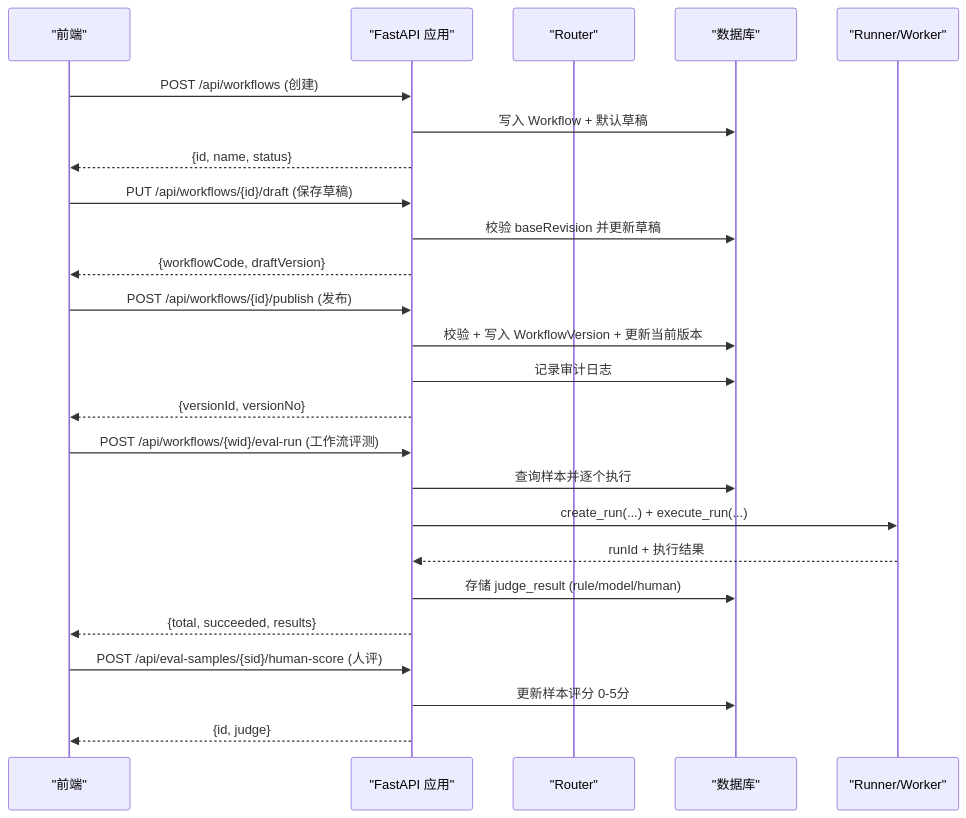
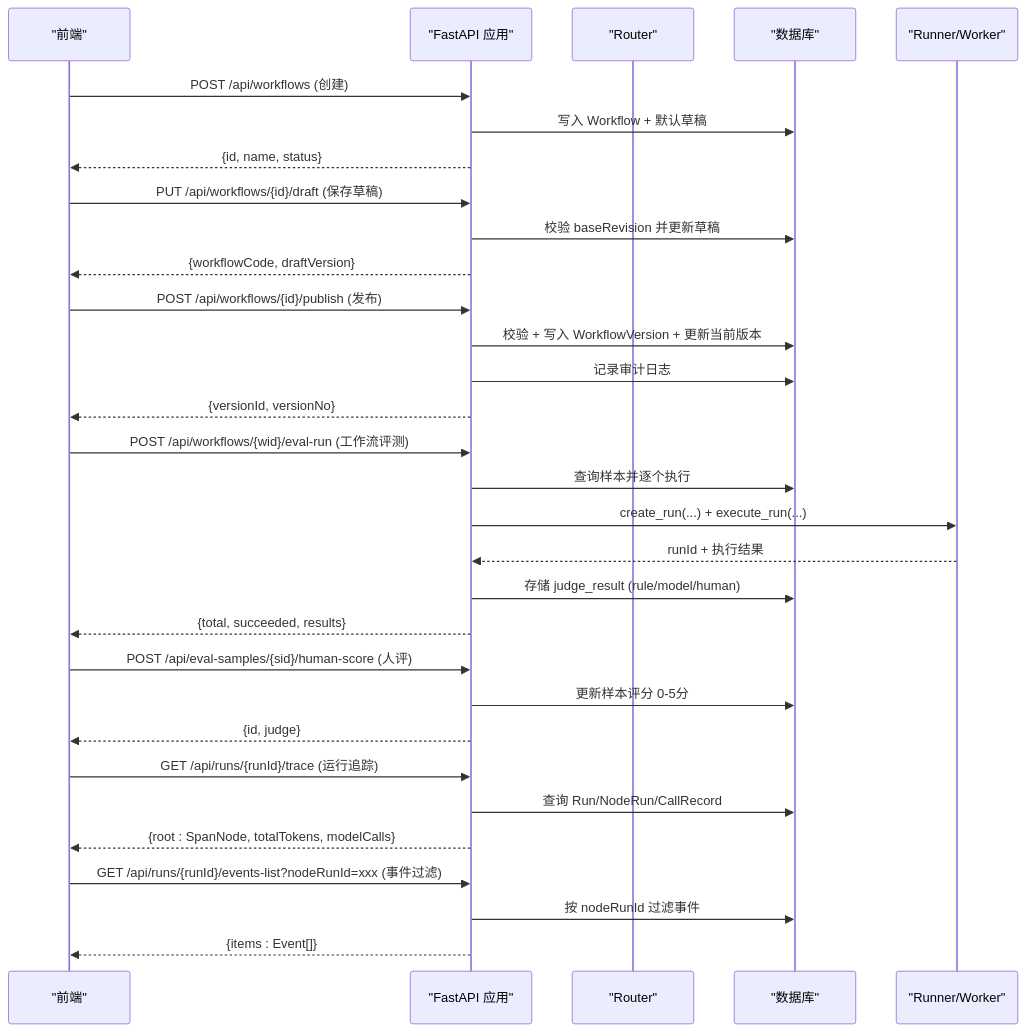
The first of 3 diagrams in .qoder/repowiki/zh/content/后端架构与 API.md (huiliuxu780/MoreThanCorn), drawn with Mermaid before and after one commit. The commit also changed other lines of this file and 8 other files, not shown here.

````diff
--- a/.qoder/repowiki/zh/content/后端架构与 API.md
+++ b/.qoder/repowiki/zh/content/后端架构与 API.md
@@ -52,27 +58,33 @@
 ```mermaid
 sequenceDiagram
 participant FE as "前端"
 participant API as "FastAPI 应用"
 participant R as "Router"
 participant DB as "数据库"
 participant W as "Runner/Worker"
 FE->>API : POST /api/workflows (创建)
 API->>DB : 写入 Workflow + 默认草稿
 API-->>FE : {id, name, status}
 FE->>API : PUT /api/workflows/{id}/draft (保存草稿)
 API->>DB : 校验 baseRevision 并更新草稿
 API-->>FE : {workflowCode, draftVersion}
 FE->>API : POST /api/workflows/{id}/publish (发布)
 API->>DB : 校验 + 写入 WorkflowVersion + 更新当前版本
 API->>DB : 记录审计日志
 API-->>FE : {versionId, versionNo}
 FE->>API : POST /api/workflows/{wid}/eval-run (工作流评测)
 API->>DB : 查询样本并逐个执行
 API->>W : create_run(...) + execute_run(...)
 W-->>API : runId + 执行结果
 API->>DB : 存储 judge_result (rule/model/human)
 API-->>FE : {total, succeeded, results}
 FE->>API : POST /api/eval-samples/{sid}/human-score (人评)
 API->>DB : 更新样本评分 0-5分
 API-->>FE : {id, judge}
+FE->>API : GET /api/runs/{runId}/trace (运行追踪)
+API->>DB : 查询 Run/NodeRun/CallRecord
+API-->>FE : {root : SpanNode, totalTokens, modelCalls}
+FE->>API : GET /api/runs/{runId}/events-list?nodeRunId=xxx (事件过滤)
+API->>DB : 按 nodeRunId 过滤事件
+API-->>FE : {items : Event[]}
 ```
````
